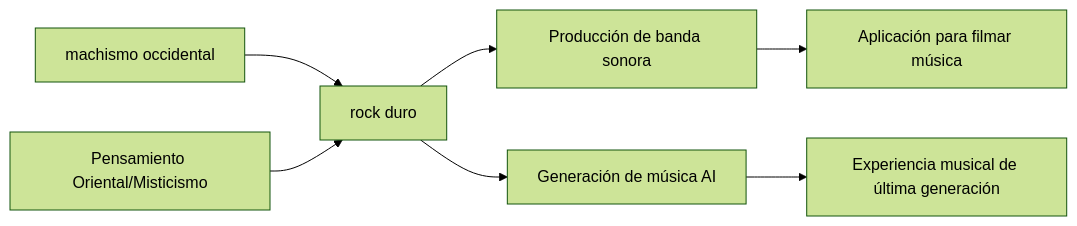
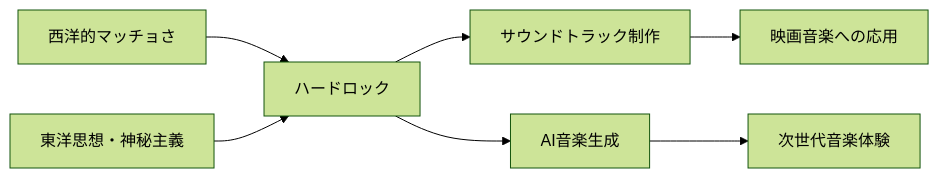
One commit to monumental-movement/monumental-movement.github.io changed the diagram in es/_posts/2025-09-20-Column-Hardrock-Mysticism.md. Above: the diagram before and after it, drawn with Mermaid (forest theme). The commit also changed other lines of this file and 299 other files, not shown here.

```diff
--- a/es/_posts/2025-09-20-Column-Hardrock-Mysticism.md
+++ b/es/_posts/2025-09-20-Column-Hardrock-Mysticism.md
@@ -58,11 +58,11 @@
 <div class="mermaid">
 
 flowchart LR
-  A["machismo occidental"] --> C["rock duro"]
-  B["Pensamiento Oriental/Misticismo"] --> C
-  C --> D["Producción de banda sonora"]
-  C --> E["Generación de música AI"]
-  D --> F["Aplicación para filmar música"]
-  E --> G["Experiencia musical de última generación"]
+  A["西洋的マッチョさ"] --> C["ハードロック"]
+  B["東洋思想・神秘主義"] --> C
+  C --> D["サウンドトラック制作"]
+  C --> E["AI音楽生成"]
+  D --> F["映画音楽への応用"]
+  E --> G["次世代音楽体験"]
 
 </div>
```
